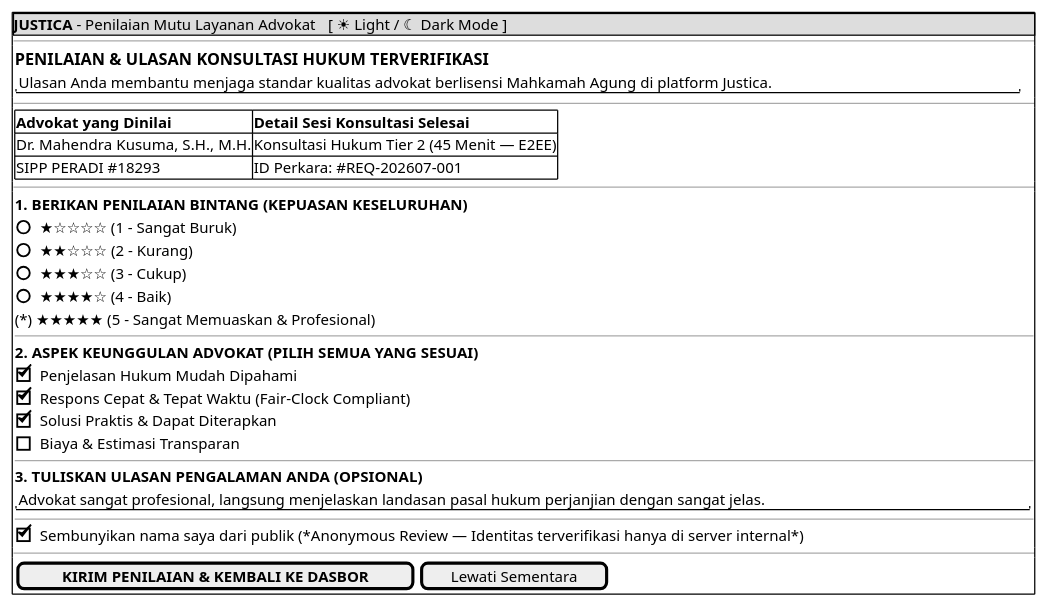
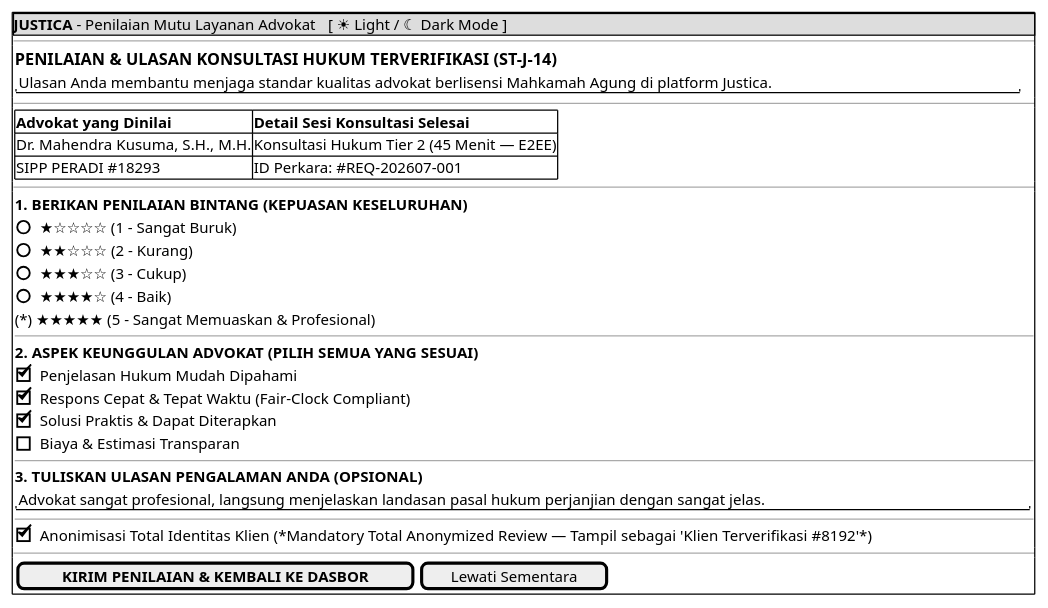
One commit to tupperwureism/SuperApp-Gagal changed the diagram in JustifiqaMockups/mockup_ori/MOCK-J-CL-07_Modal_Rating_Ulasan.md. Above: the diagram before and after it, drawn with PlantUML. The commit also changed other lines of this file and 13 other files, not shown here.

````diff
--- a/JustifiqaMockups/mockup_ori/MOCK-J-CL-07_Modal_Rating_Ulasan.md
+++ b/JustifiqaMockups/mockup_ori/MOCK-J-CL-07_Modal_Rating_Ulasan.md
@@ -17,44 +17,44 @@
 ```plantuml
 @startsalt
 {+
   {* <b>JUSTICA</b> - Penilaian Mutu Layanan Advokat | [ ☀ Light / ☾ Dark Mode ] }
   --
   {
-    === PENILAIAN & ULASAN KONSULTASI HUKUM TERVERIFIKASI
+    === PENILAIAN & ULASAN KONSULTASI HUKUM TERVERIFIKASI (ST-J-14)
     "Ulasan Anda membantu menjaga standar kualitas advokat berlisensi Mahkamah Agung di platform Justica."
   }
   --
   {
     {#
       <b>Advokat yang Dinilai</b> | <b>Detail Sesi Konsultasi Selesai</b>
       Dr. Mahendra Kusuma, S.H., M.H. | Konsultasi Hukum Tier 2 (45 Menit — E2EE)
       SIPP PERADI #18293              | ID Perkara: #REQ-202607-001
     }
   }
   --
   {
     <b>1. BERIKAN PENILAIAN BINTANG (KEPUASAN KESELURUHAN)</b>
     () ★☆☆☆☆ (1 - Sangat Buruk)
     () ★★☆☆☆ (2 - Kurang)
     () ★★★☆☆ (3 - Cukup)
     () ★★★★☆ (4 - Baik)
     (*) ★★★★★ (5 - Sangat Memuaskan & Profesional)
     --
     <b>2. ASPEK KEUNGGULAN ADVOKAT (PILIH SEMUA YANG SESUAI)</b>
     [X] Penjelasan Hukum Mudah Dipahami
     [X] Respons Cepat & Tepat Waktu (Fair-Clock Compliant)
     [X] Solusi Praktis & Dapat Diterapkan
     [ ] Biaya & Estimasi Transparan
     --
     <b>3. TULISKAN ULASAN PENGALAMAN ANDA (OPSIONAL)</b>
     "Advokat sangat profesional, langsung menjelaskan landasan pasal hukum perjanjian dengan sangat jelas."
     --
-    [X] Sembunyikan nama saya dari publik (*Anonymous Review — Identitas terverifikasi hanya di server internal*)
+    [X] Anonimisasi Total Identitas Klien (*Mandatory Total Anonymized Review — Tampil sebagai 'Klien Terverifikasi #8192'*)
   }
   --
   {
     [  <b>KIRIM PENILAIAN & KEMBALI KE DASBOR</b>  ] | [ Lewati Sementara ]
   }
 }
 @endsalt
 ```
````
